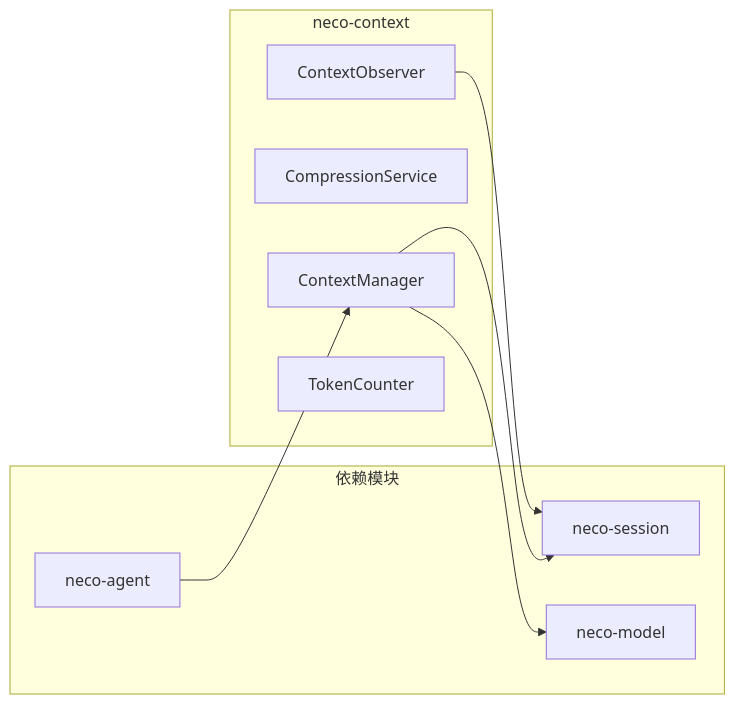
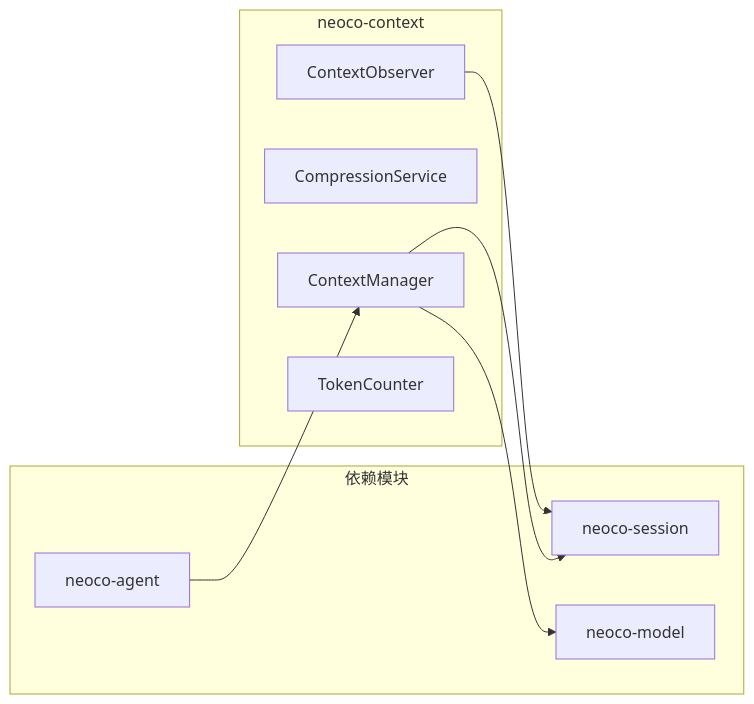
One commit to MiyakoMeow/neco changed the second of 6 diagrams in progress/TECH-CONTEXT.md. Above: the diagram before and after it, drawn with Mermaid. The commit also changed other lines of this file and 14 other files, not shown here.

````diff
--- a/progress/TECH-CONTEXT.md
+++ b/progress/TECH-CONTEXT.md
@@ -69,20 +69,20 @@
 ```mermaid
 graph LR
-    subgraph "neco-context"
+    subgraph "neoco-context"
         CM[ContextManager]
         CS[CompressionService]
         CO[ContextObserver]
         TC[TokenCounter]
     end
     
     subgraph "依赖模块"
-        Session[neco-session]
-        Model[neco-model]
-        Agent[neco-agent]
+        Session[neoco-session]
+        Model[neoco-model]
+        Agent[neoco-agent]
     end
     
     Agent --> CM
     CM --> Session
     CM --> Model
     CO --> Session
 ```
````
